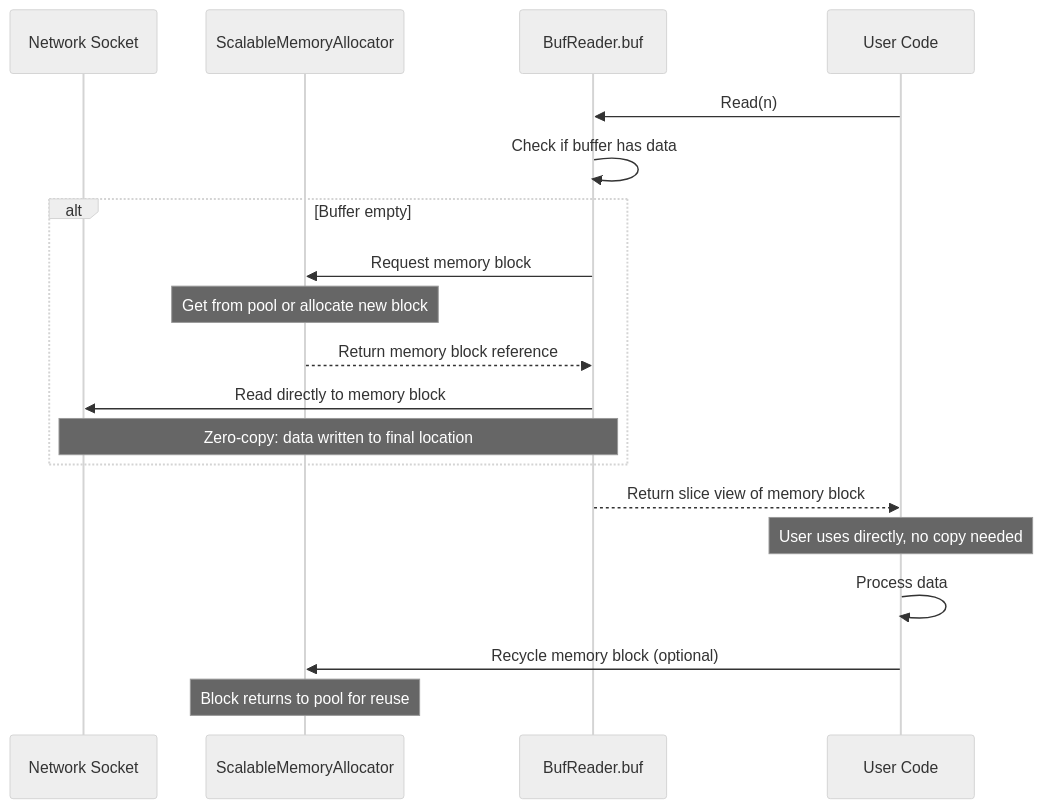
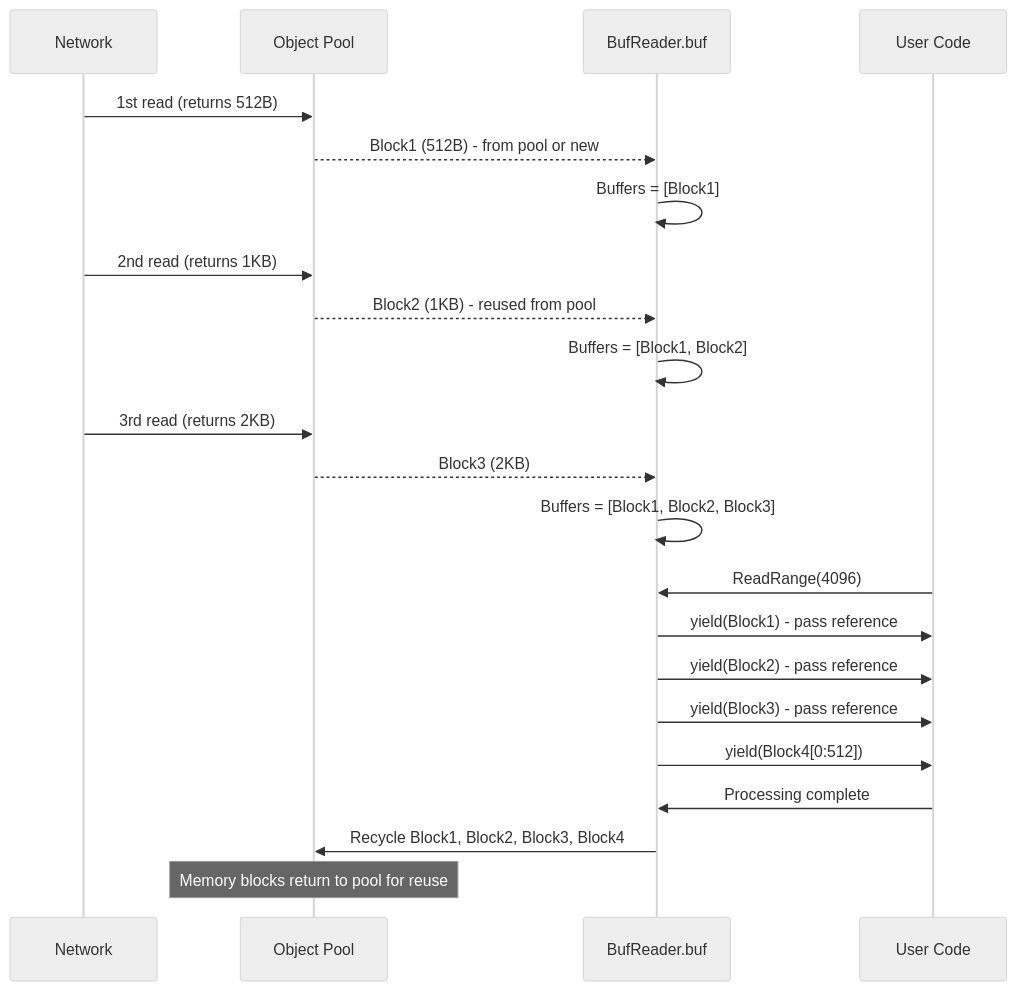
One commit to eanfs/monibuca changed the first of 2 diagrams in doc/bufreader_analysis.md. Above: the diagram before and after it, drawn with Mermaid (neutral theme). The commit also changed other lines of this file and 3 other files, not shown here.

````diff
--- a/doc/bufreader_analysis.md
+++ b/doc/bufreader_analysis.md
@@ -177,22 +150,29 @@
 ```mermaid
 sequenceDiagram
-    participant N as Network Socket
-    participant A as ScalableMemoryAllocator
+    participant N as Network
+    participant P as Object Pool
     participant B as BufReader.buf
     participant U as User Code
     
-    U->>B: Read(n)
-    B->>B: Check if buffer has data
-    alt Buffer empty
-        B->>A: Request memory block
-        Note over A: Get from pool or allocate new block
-        A-->>B: Return memory block reference
-        B->>N: Read directly to memory block
-        Note over N,B: Zero-copy: data written to final location
-    end
-    B-->>U: Return slice view of memory block
-    Note over U: User uses directly, no copy needed
-    U->>U: Process data
-    U->>A: Recycle memory block (optional)
-    Note over A: Block returns to pool for reuse
+    N->>P: 1st read (returns 512B)
+    P-->>B: Block1 (512B) - from pool or new
+    B->>B: Buffers = [Block1]
+    
+    N->>P: 2nd read (returns 1KB)
+    P-->>B: Block2 (1KB) - reused from pool
+    B->>B: Buffers = [Block1, Block2]
+    
+    N->>P: 3rd read (returns 2KB)
+    P-->>B: Block3 (2KB)
+    B->>B: Buffers = [Block1, Block2, Block3]
+    
+    U->>B: ReadRange(4096)
+    B->>U: yield(Block1) - pass reference
+    B->>U: yield(Block2) - pass reference
+    B->>U: yield(Block3) - pass reference
+    B->>U: yield(Block4[0:512])
+    
+    U->>B: Processing complete
+    B->>P: Recycle Block1, Block2, Block3, Block4
+    Note over P: Memory blocks return to pool for reuse
 ```
````
